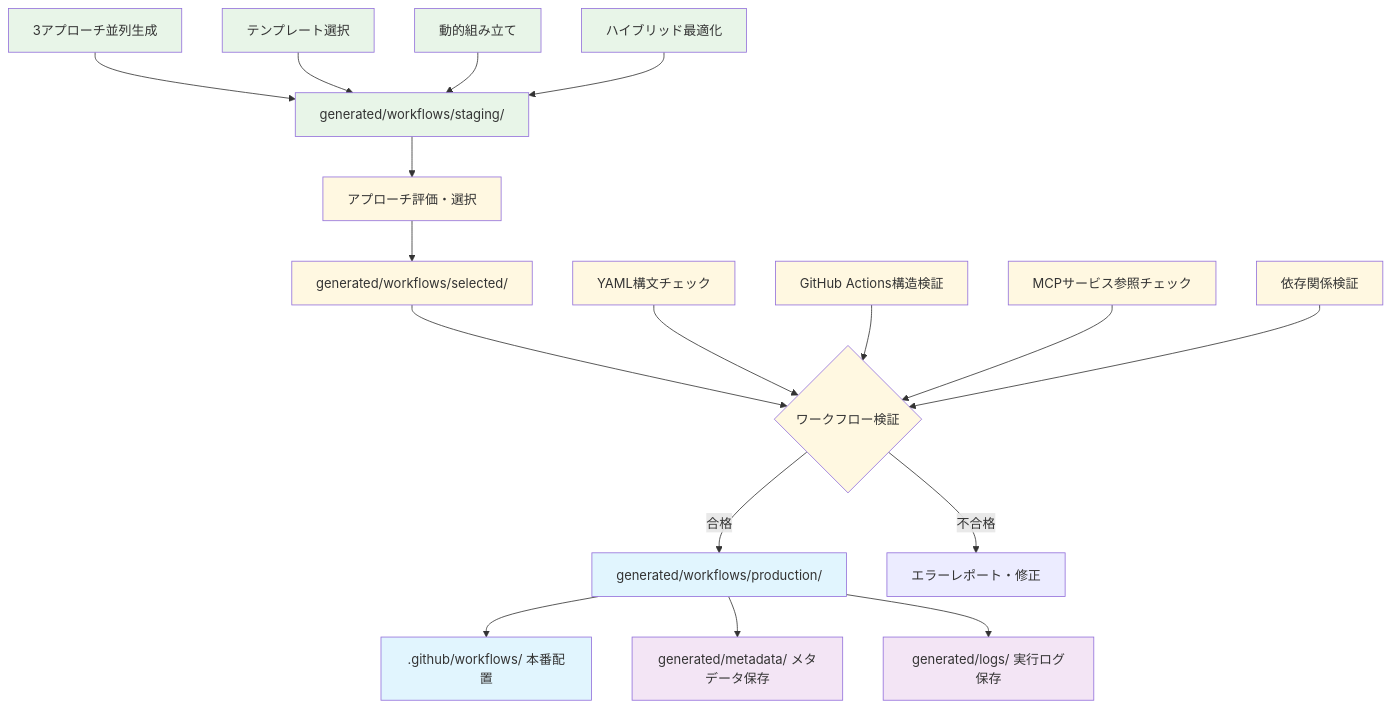
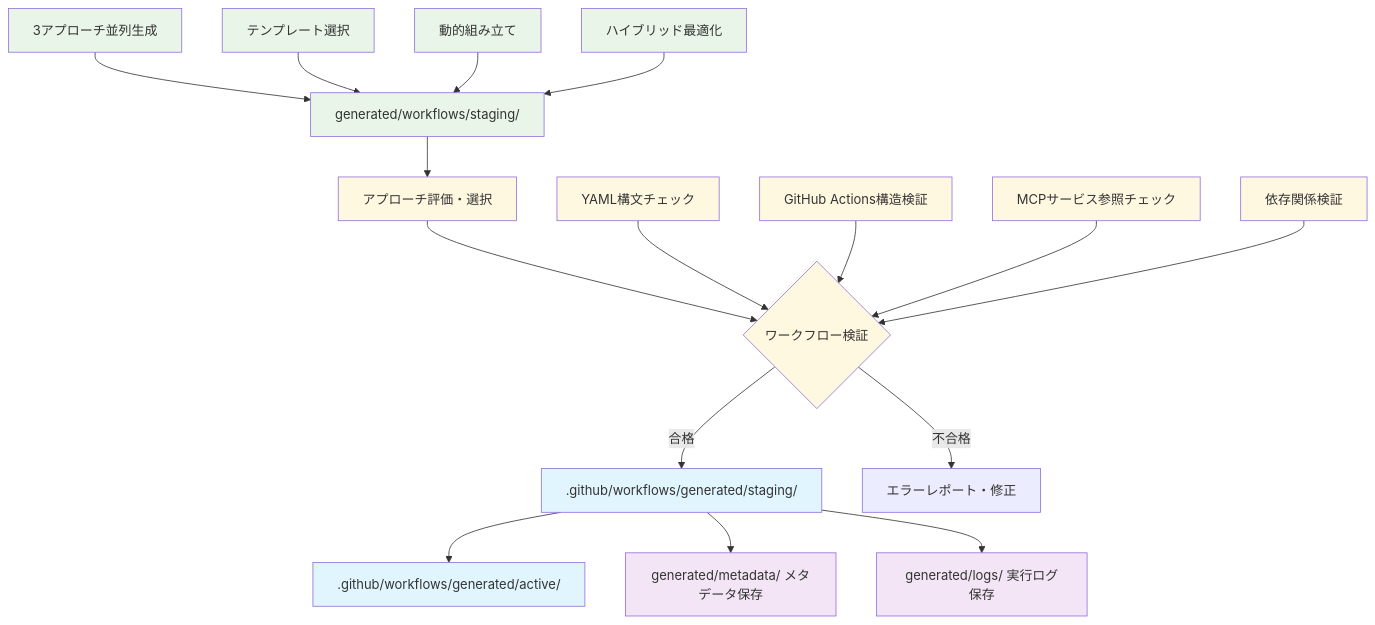
Before and after one commit to rossy8417/kamuicode_meta: the diagram in README.md, drawn with Mermaid. The commit also changed other lines of this file and 9 other files, not shown here.

````diff
--- a/README.md
+++ b/README.md
@@ -106,33 +109,32 @@
 ```mermaid
 graph TD
     A[3アプローチ並列生成] --> B[generated/workflows/staging/]
-    B --> C[アプローチ評価・選択] --> D[generated/workflows/selected/]
-    D --> E{ワークフロー検証}
-    E -->|合格| F[generated/workflows/production/]
-    E -->|不合格| G[エラーレポート・修正]
-    F --> H[.github/workflows/ 本番配置]
-    F --> I[generated/metadata/ メタデータ保存]
-    F --> J[generated/logs/ 実行ログ保存]
+    B --> C[アプローチ評価・選択] --> D{ワークフロー検証}
+    D -->|合格| E[.github/workflows/generated/staging/]
+    D -->|不合格| F[エラーレポート・修正]
+    E --> G[.github/workflows/generated/active/]
+    E --> H[generated/metadata/ メタデータ保存]
+    E --> I[generated/logs/ 実行ログ保存]
     
     %% 3アプローチ詳細
     A1[テンプレート選択] --> B
     A2[動的組み立て] --> B
     A3[ハイブリッド最適化] --> B
     
     %% 検証内容
-    E1[YAML構文チェック] --> E
-    E2[GitHub Actions構造検証] --> E  
-    E3[MCPサービス参照チェック] --> E
-    E4[依存関係検証] --> E
+    D1[YAML構文チェック] --> D
+    D2[GitHub Actions構造検証] --> D  
+    D3[MCPサービス参照チェック] --> D
+    D4[依存関係検証] --> D
     
     %% スタイリング
     classDef stageNode fill:#e8f5e8
     classDef validateNode fill:#fff8e1
-    classDef prodNode fill:#e1f5fe
+    classDef deployNode fill:#e1f5fe
     classDef persistNode fill:#f3e5f5
     
     class A,A1,A2,A3,B stageNode
-    class C,D,E,E1,E2,E3,E4 validateNode
-    class F,H prodNode
-    class I,J persistNode
+    class C,D,D1,D2,D3,D4 validateNode
+    class E,G deployNode
+    class H,I persistNode
 ```
````
